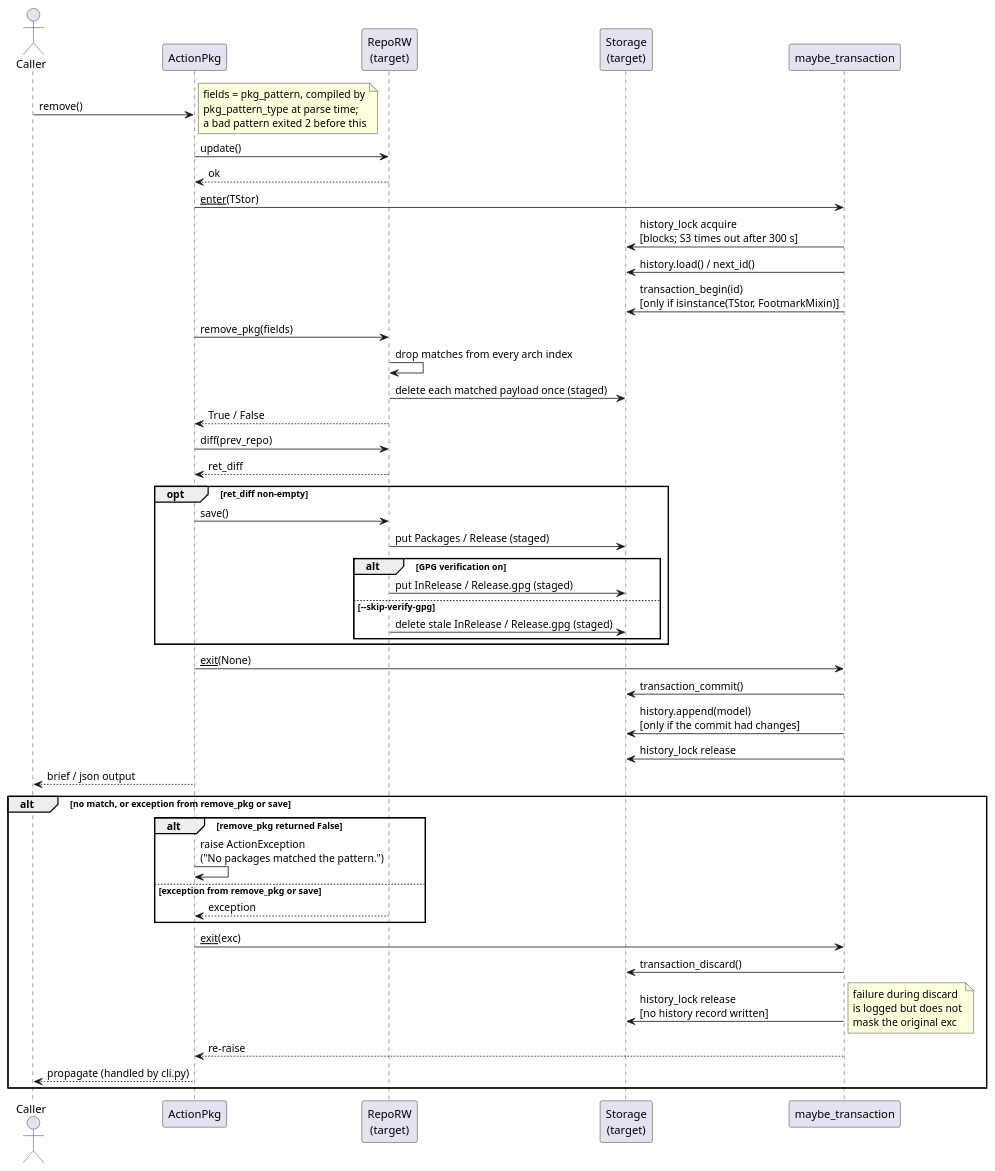
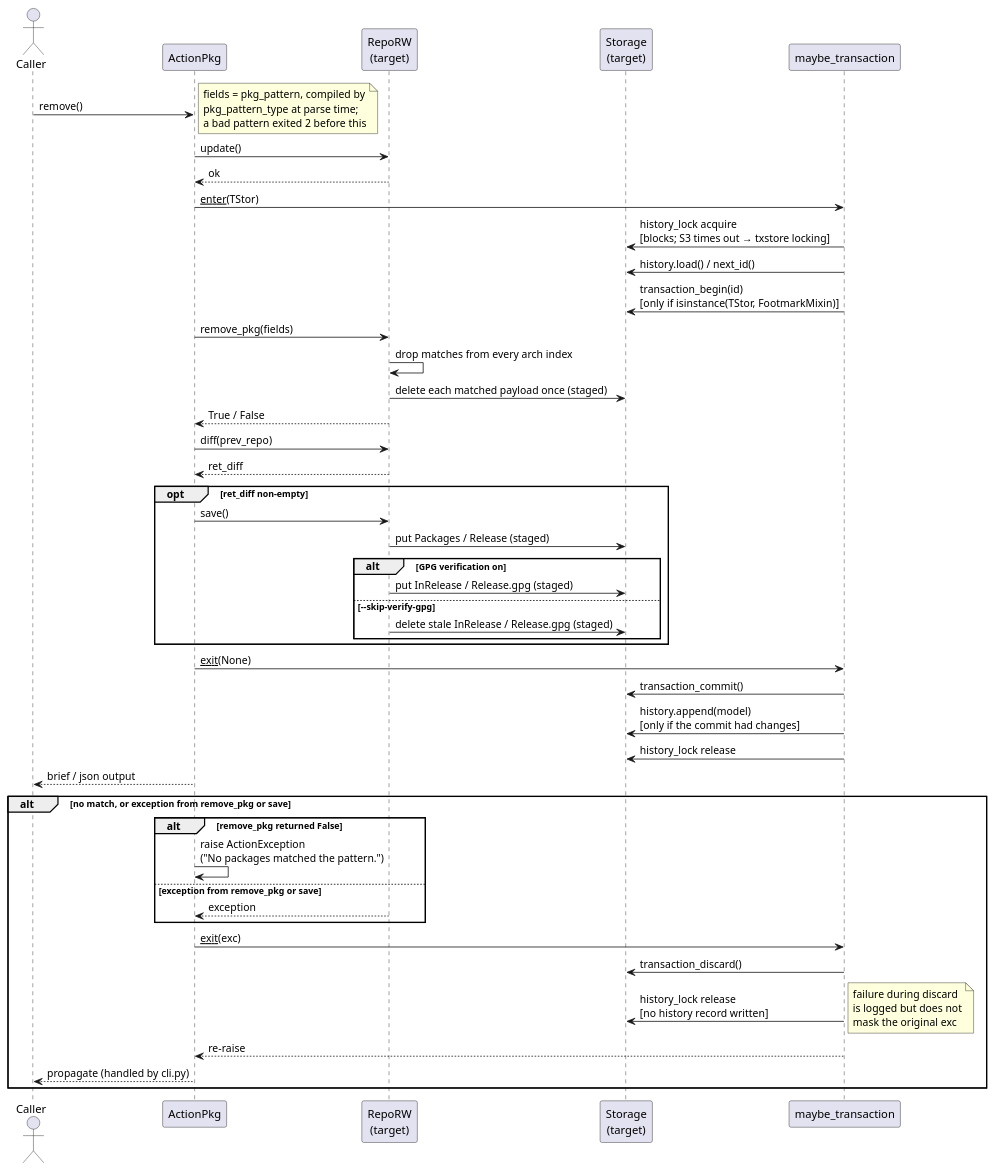
Before and after one commit to vinklat/debkit: the diagram in docs/development/diagrams/action-pkg-remove-sequence.puml, drawn with PlantUML. The commit also changed 24 other files, not shown here.

```diff
--- a/docs/development/diagrams/action-pkg-remove-sequence.puml
+++ b/docs/development/diagrams/action-pkg-remove-sequence.puml
@@ -1,59 +1,59 @@
 @startuml
 actor Caller
 participant ActionPkg
 participant "RepoRW\n(target)" as Tgt
 participant "Storage\n(target)" as TStor
 participant "maybe_transaction" as CM
 
 Caller -> ActionPkg: remove()
 note right
   fields = pkg_pattern, compiled by
   pkg_pattern_type at parse time;
   a bad pattern exited 2 before this
 end note
 
 ActionPkg -> Tgt: update()
 Tgt --> ActionPkg: ok
 
 ActionPkg -> CM: __enter__(TStor)
-CM -> TStor: history_lock acquire\n[blocks; S3 times out after 300 s]
+CM -> TStor: history_lock acquire\n[blocks; S3 times out → txstore locking]
 CM -> TStor: history.load() / next_id()
 CM -> TStor: transaction_begin(id)\n[only if isinstance(TStor, FootmarkMixin)]
 
 ActionPkg -> Tgt: remove_pkg(fields)
 Tgt -> Tgt: drop matches from every arch index
 Tgt -> TStor: delete each matched payload once (staged)
 Tgt --> ActionPkg: True / False
 ActionPkg -> Tgt: diff(prev_repo)
 Tgt --> ActionPkg: ret_diff
 opt ret_diff non-empty
   ActionPkg -> Tgt: save()
   Tgt -> TStor: put Packages / Release (staged)
   alt GPG verification on
     Tgt -> TStor: put InRelease / Release.gpg (staged)
   else --skip-verify-gpg
     Tgt -> TStor: delete stale InRelease / Release.gpg (staged)
   end
 end
 
 ActionPkg -> CM: __exit__(None)
 CM -> TStor: transaction_commit()
 CM -> TStor: history.append(model)\n[only if the commit had changes]
 CM -> TStor: history_lock release
 
 ActionPkg --> Caller: brief / json output
 
 alt no match, or exception from remove_pkg or save
   alt remove_pkg returned False
     ActionPkg -> ActionPkg: raise ActionException\n("No packages matched the pattern.")
   else exception from remove_pkg or save
     Tgt --> ActionPkg: exception
   end
   ActionPkg -> CM: __exit__(exc)
   CM -> TStor: transaction_discard()
   CM -> TStor: history_lock release\n[no history record written]
   note right: failure during discard\nis logged but does not\nmask the original exc
   CM --> ActionPkg: re-raise
   ActionPkg --> Caller: propagate (handled by cli.py)
 end
 @enduml
```
